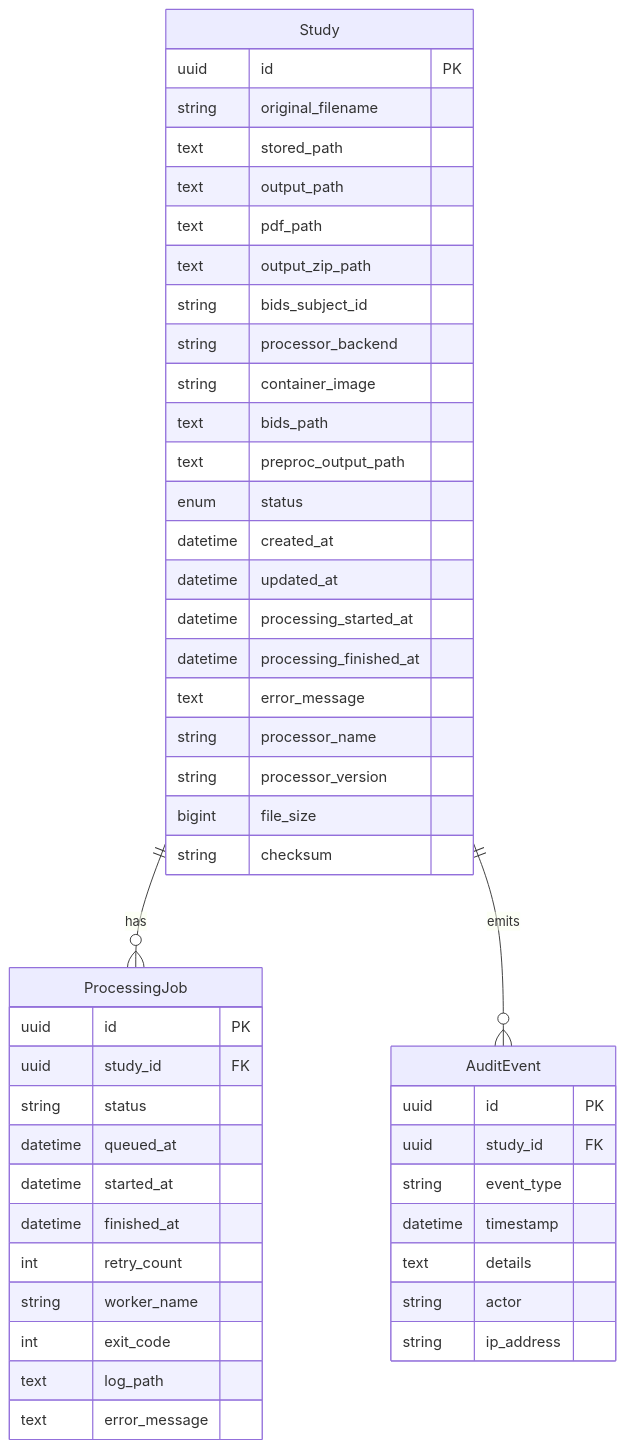
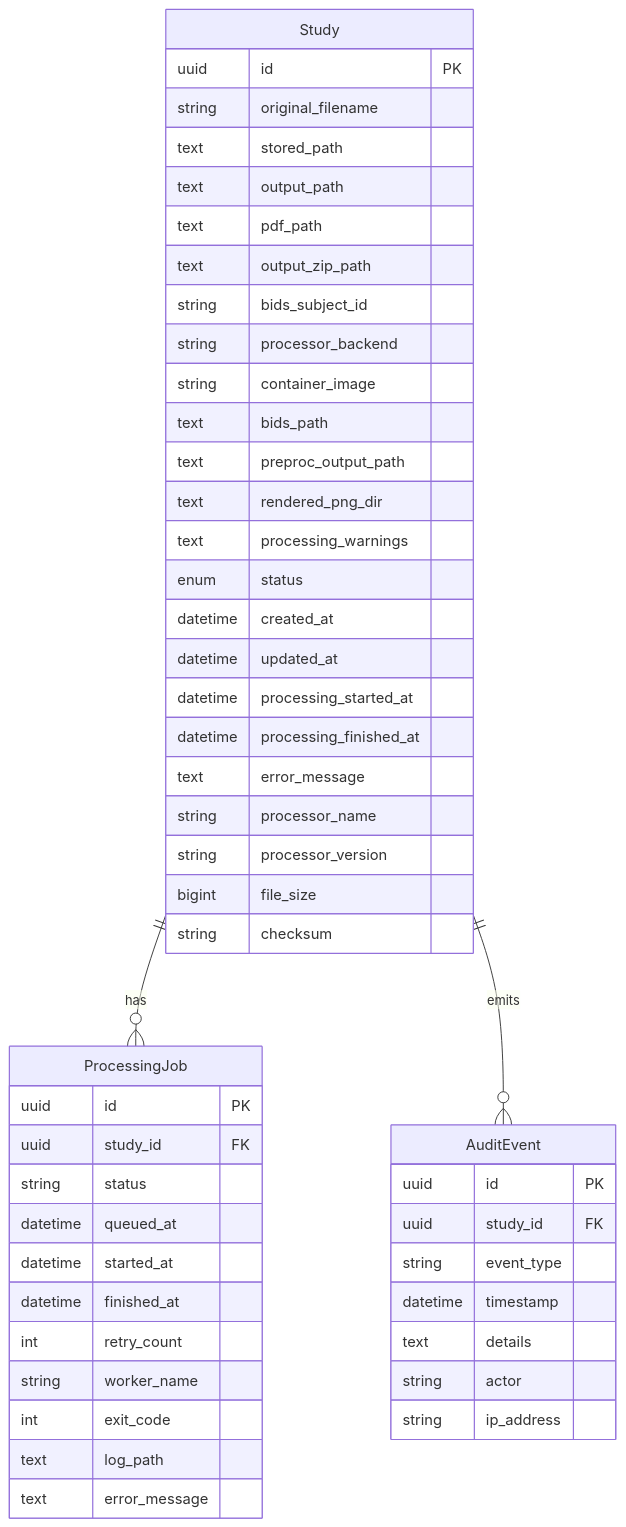
The second of 4 diagrams in docs/architecture.md (suhartx/neuroimagen-server-biocruces), drawn with Mermaid before and after one commit. The commit also changed other lines of this file and 29 other files, not shown here.

````diff
--- a/docs/architecture.md
+++ b/docs/architecture.md
@@ -53,50 +55,52 @@
 ```mermaid
 erDiagram
   Study ||--o{ ProcessingJob : has
   Study ||--o{ AuditEvent : emits
   Study {
     uuid id PK
     string original_filename
     text stored_path
     text output_path
     text pdf_path
     text output_zip_path
     string bids_subject_id
     string processor_backend
     string container_image
     text bids_path
     text preproc_output_path
+    text rendered_png_dir
+    text processing_warnings
     enum status
     datetime created_at
     datetime updated_at
     datetime processing_started_at
     datetime processing_finished_at
     text error_message
     string processor_name
     string processor_version
     bigint file_size
     string checksum
   }
   ProcessingJob {
     uuid id PK
     uuid study_id FK
     string status
     datetime queued_at
     datetime started_at
     datetime finished_at
     int retry_count
     string worker_name
     int exit_code
     text log_path
     text error_message
   }
   AuditEvent {
     uuid id PK
     uuid study_id FK
     string event_type
     datetime timestamp
     text details
     string actor
     string ip_address
   }
 ```
````
